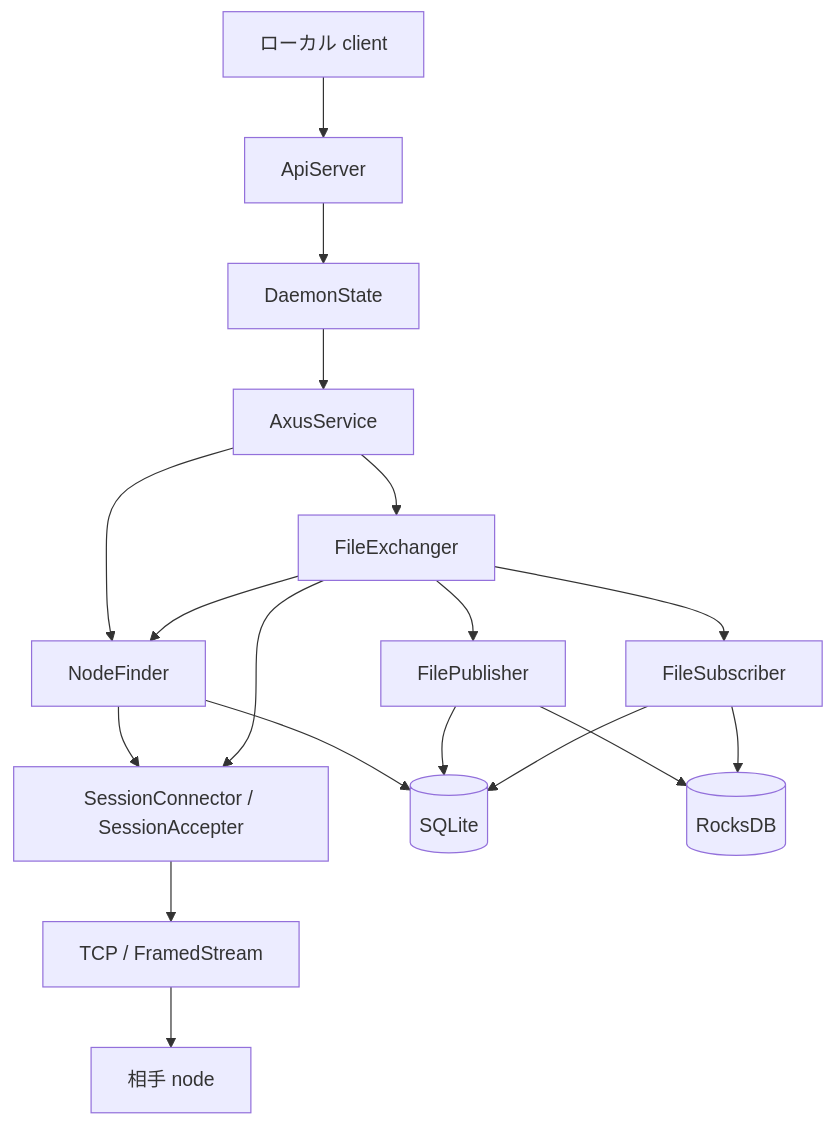
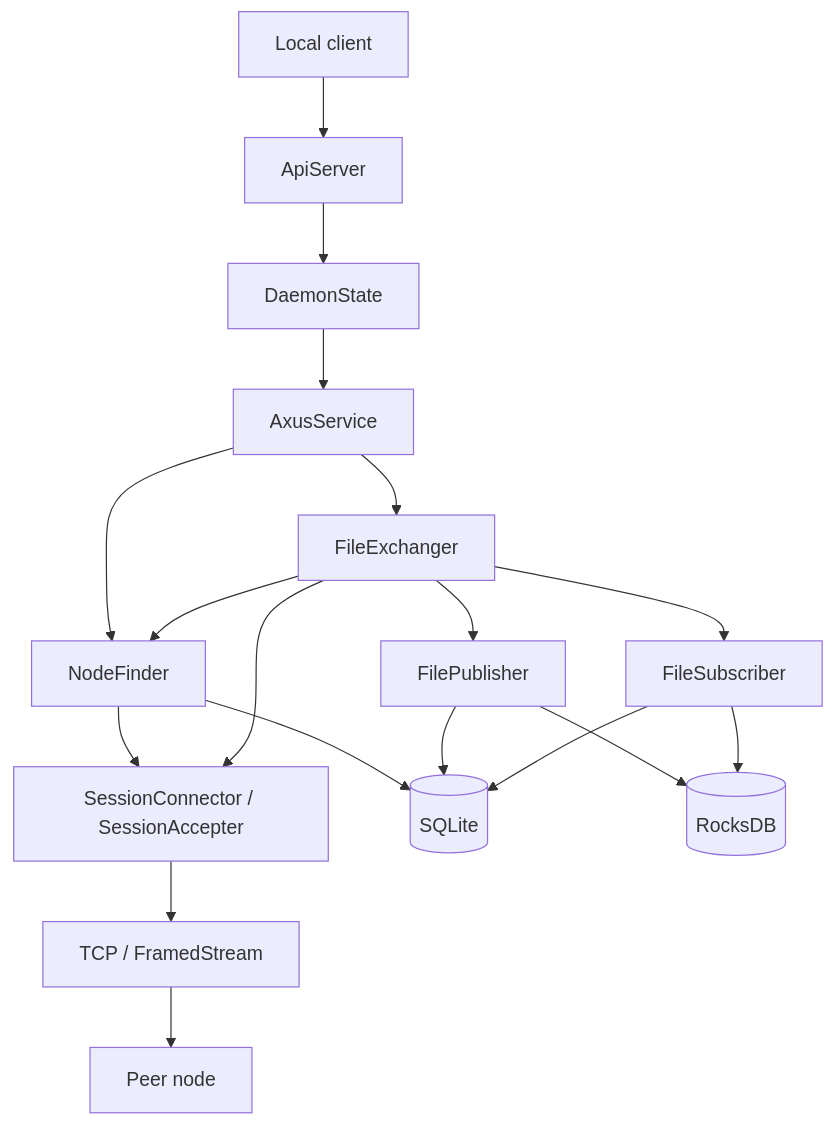
The diagram in docs/design.md (omnius-labs/axus), drawn with Mermaid before and after one commit. The commit also changed other lines of this file and 9 other files, not shown here.

````diff
--- a/docs/design.md
+++ b/docs/design.md
@@ -75,34 +75,34 @@
 ```mermaid
 flowchart TD
-    Client[ローカル client]
+    Client[Local client]
     Api[ApiServer]
     State[DaemonState]
     Service[AxusService]
     Exchanger[FileExchanger]
     Publisher[FilePublisher]
     Subscriber[FileSubscriber]
     Finder[NodeFinder]
     Session[SessionConnector / SessionAccepter]
     Transport[TCP / FramedStream]
-    Peer[相手 node]
+    Peer[Peer node]
     Meta[(SQLite)]
     Blocks[(RocksDB)]
 
     Client --> Api
     Api --> State
     State --> Service
     Service --> Finder
     Service --> Exchanger
     Exchanger --> Publisher
     Exchanger --> Subscriber
     Exchanger --> Finder
     Finder --> Session
     Exchanger --> Session
     Session --> Transport
     Transport --> Peer
     Finder --> Meta
     Publisher --> Meta
     Subscriber --> Meta
     Publisher --> Blocks
     Subscriber --> Blocks
 ```
````
